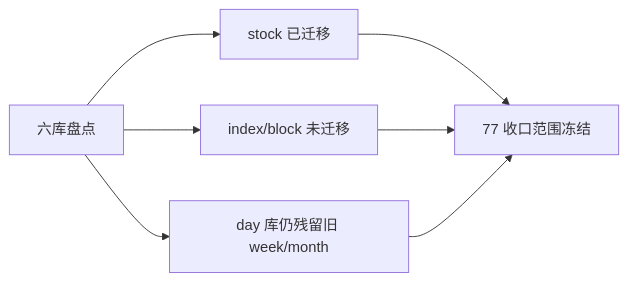
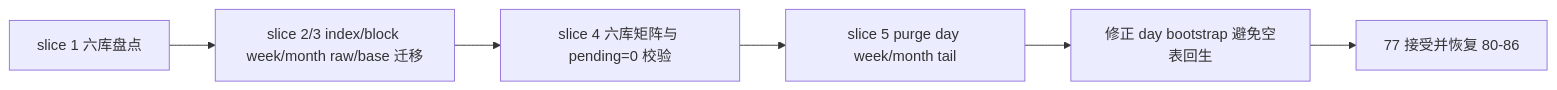
One commit to everything-is-simple/lifespan-0.01 changed the diagram in docs/03-execution/evidence/77-raw-base-timeframe-split-tail-completion-evidence-20260418.md. Above: the diagram before and after it, drawn with Mermaid. The commit also changed other lines of this file and 14 other files, not shown here.

Commit message:
data: close raw base split tail

````diff
--- a/docs/03-execution/evidence/77-raw-base-timeframe-split-tail-completion-evidence-20260418.md
+++ b/docs/03-execution/evidence/77-raw-base-timeframe-split-tail-completion-evidence-20260418.md
@@ -31,9 +65,8 @@
 ```mermaid
 flowchart LR
-    A["六库盘点"] --> B["stock 已迁移"]
-    A --> C["index/block 未迁移"]
-    A --> D["day 库仍残留旧 week/month"]
-    B --> E["77 收口范围冻结"]
-    C --> E
-    D --> E
+    A["slice 1 六库盘点"] --> B["slice 2/3 index/block week/month raw/base 迁移"]
+    B --> C["slice 4 六库矩阵与 pending=0 校验"]
+    C --> D["slice 5 purge day week/month tail"]
+    D --> E["修正 day bootstrap 避免空表回生"]
+    E --> F["77 接受并恢复 80-86"]
 ```
````
